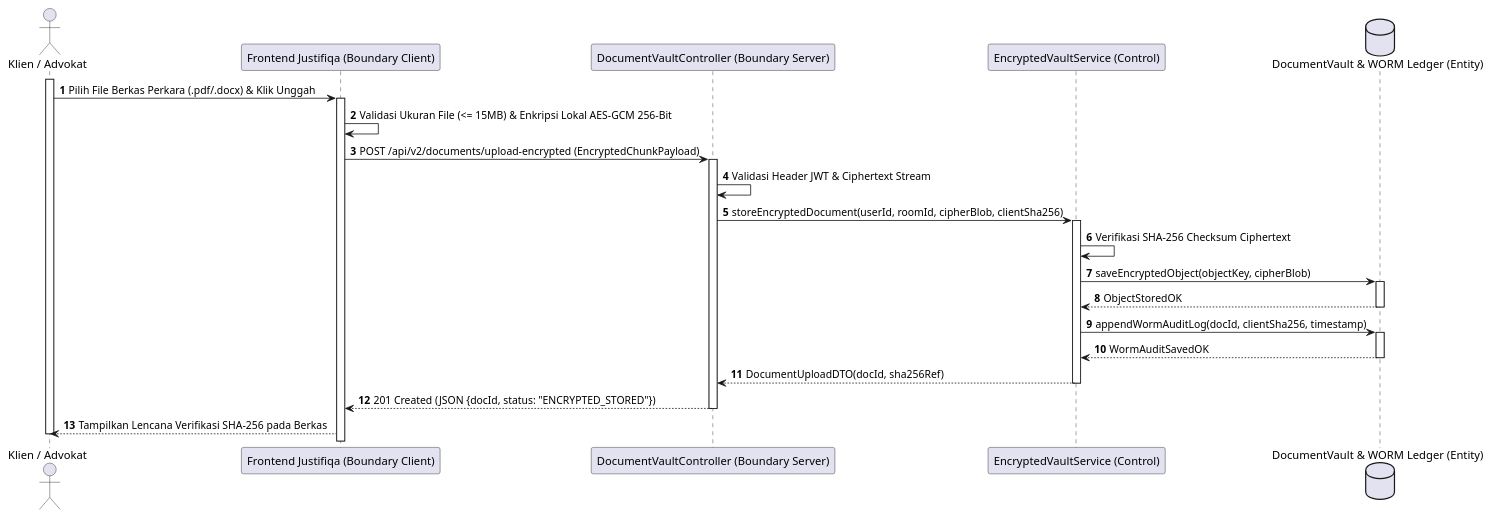
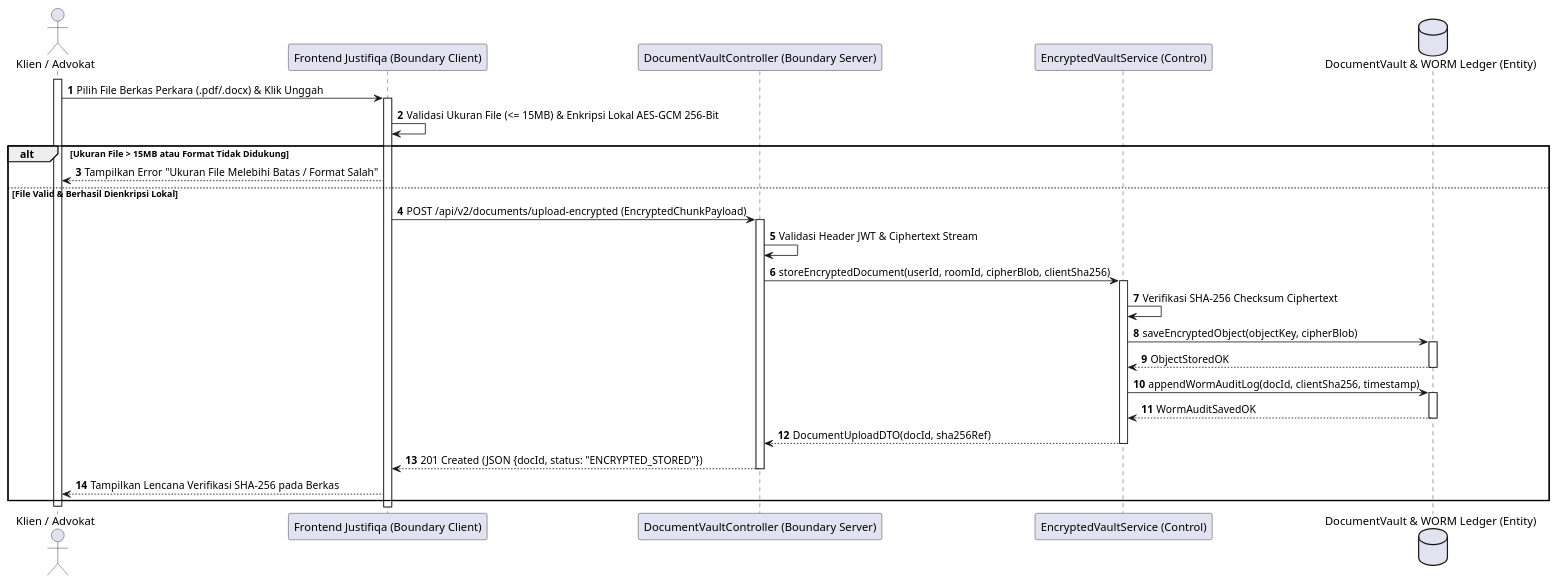
Before and after one commit to tupperwureism/SuperApp-Gagal: the fifth of 28 diagrams in MarkDown/plantuml_sequence_diagrams.md, drawn with PlantUML. The commit also changed other lines of this file and 1 other file, not shown here.

Commit message:
feat(sequence-diagrams): achieve 100% 1-to-1 branch fidelity between Sequence Diagrams and Activity Diagrams with 5-Lifeline BCE

````diff
--- a/MarkDown/plantuml_sequence_diagrams.md
+++ b/MarkDown/plantuml_sequence_diagrams.md
@@ -247,26 +282,31 @@
 ```plantuml
 @startuml
 autonumber
 actor "Klien / Advokat" as User
 participant "Frontend Justifiqa (Boundary Client)" as B_FE
 participant "DocumentVaultController (Boundary Server)" as B_BE
 participant "EncryptedVaultService (Control)" as C_Svc
 database "DocumentVault & WORM Ledger (Entity)" as E_DB
 
 activate User
 User -> B_FE ++ : Pilih File Berkas Perkara (.pdf/.docx) & Klik Unggah
 B_FE -> B_FE : Validasi Ukuran File (<= 15MB) & Enkripsi Lokal AES-GCM 256-Bit
-B_FE -> B_BE ++ : POST /api/v2/documents/upload-encrypted (EncryptedChunkPayload)
-B_BE -> B_BE : Validasi Header JWT & Ciphertext Stream
-B_BE -> C_Svc ++ : storeEncryptedDocument(userId, roomId, cipherBlob, clientSha256)
-C_Svc -> C_Svc : Verifikasi SHA-256 Checksum Ciphertext
-C_Svc -> E_DB ++ : saveEncryptedObject(objectKey, cipherBlob)
-E_DB --> C_Svc -- : ObjectStoredOK
-C_Svc -> E_DB ++ : appendWormAuditLog(docId, clientSha256, timestamp)
-E_DB --> C_Svc -- : WormAuditSavedOK
-C_Svc --> B_BE -- : DocumentUploadDTO(docId, sha256Ref)
-B_BE --> B_FE -- : 201 Created (JSON {docId, status: "ENCRYPTED_STORED"})
-B_FE --> User : Tampilkan Lencana Verifikasi SHA-256 pada Berkas
+
+alt Ukuran File > 15MB atau Format Tidak Didukung
+    B_FE --> User : Tampilkan Error "Ukuran File Melebihi Batas / Format Salah"
+else File Valid & Berhasil Dienkripsi Lokal
+    B_FE -> B_BE ++ : POST /api/v2/documents/upload-encrypted (EncryptedChunkPayload)
+    B_BE -> B_BE : Validasi Header JWT & Ciphertext Stream
+    B_BE -> C_Svc ++ : storeEncryptedDocument(userId, roomId, cipherBlob, clientSha256)
+    C_Svc -> C_Svc : Verifikasi SHA-256 Checksum Ciphertext
+    C_Svc -> E_DB ++ : saveEncryptedObject(objectKey, cipherBlob)
+    E_DB --> C_Svc -- : ObjectStoredOK
+    C_Svc -> E_DB ++ : appendWormAuditLog(docId, clientSha256, timestamp)
+    E_DB --> C_Svc -- : WormAuditSavedOK
+    C_Svc --> B_BE -- : DocumentUploadDTO(docId, sha256Ref)
+    B_BE --> B_FE -- : 201 Created (JSON {docId, status: "ENCRYPTED_STORED"})
+    B_FE --> User : Tampilkan Lencana Verifikasi SHA-256 pada Berkas
+end
 deactivate User
 @enduml
 ```
````
